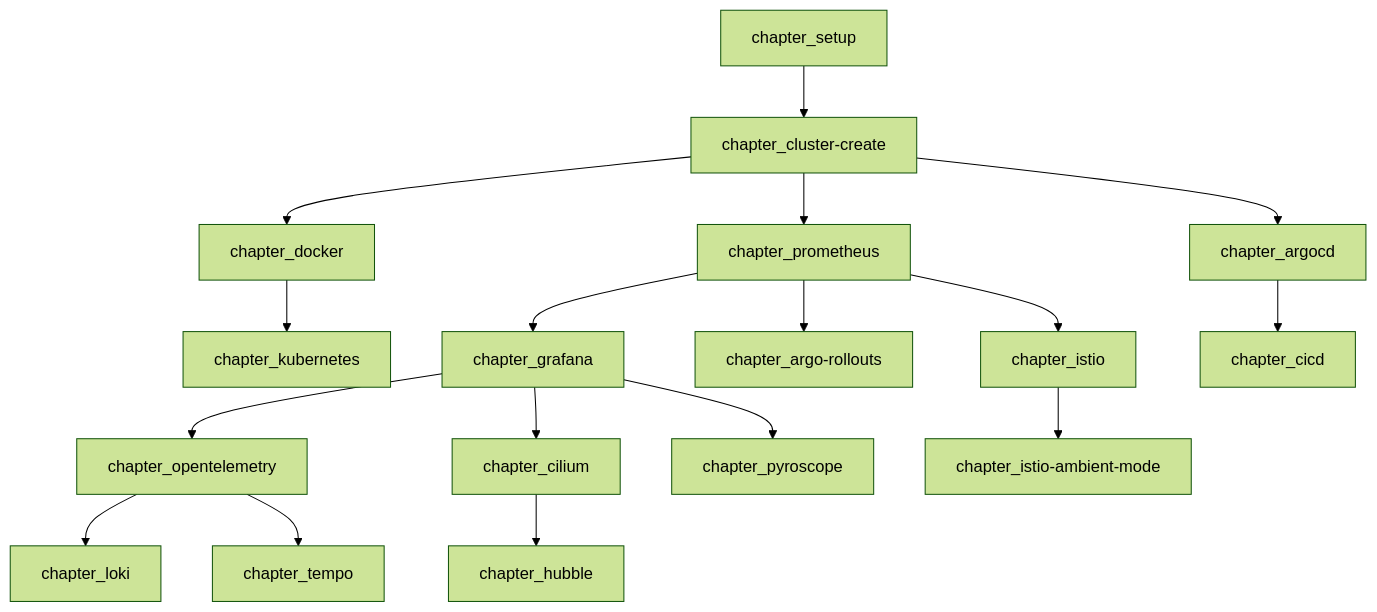
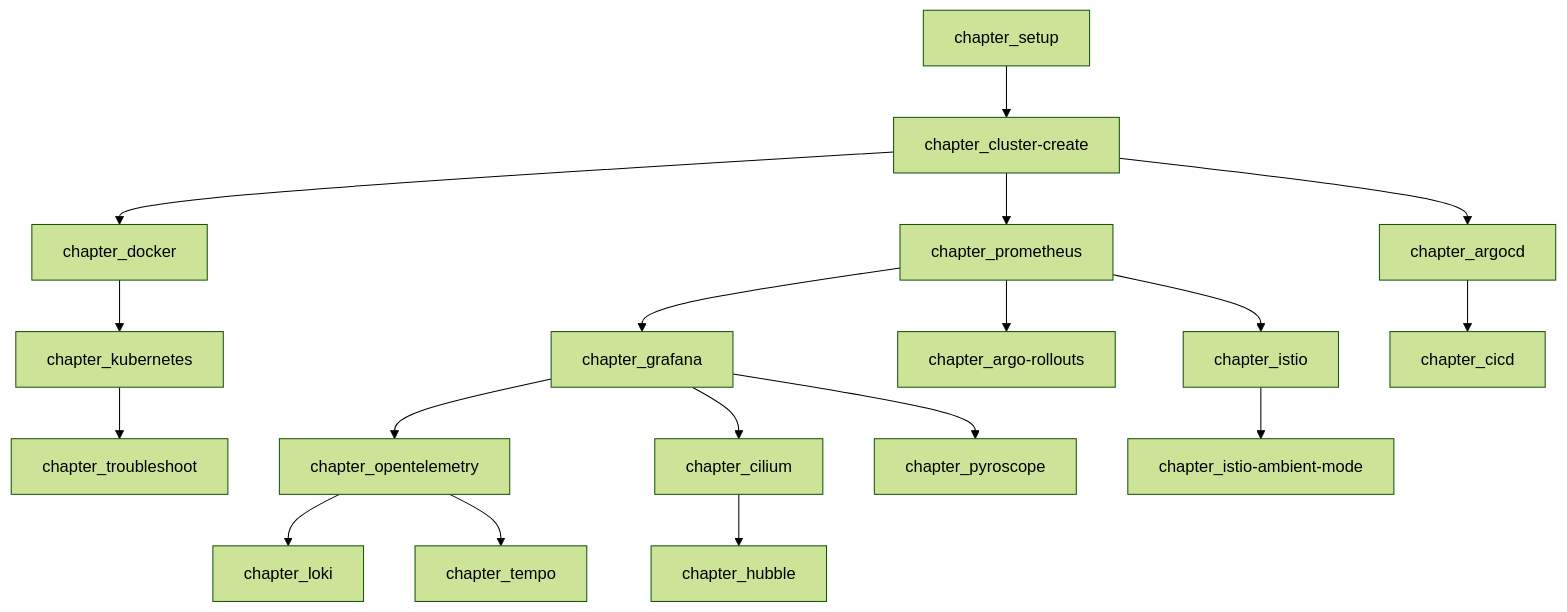
Before and after one commit to cloudnativedaysjp/cnd-handson: the diagram in README.md, drawn with Mermaid (forest theme). The commit also changed other lines of this file and 10 other files, not shown here.

````diff
--- a/README.md
+++ b/README.md
@@ -30,43 +31,45 @@
 ```mermaid
 flowchart TD
     setup[chapter_setup]
     cluster[chapter_cluster-create]
     docker[chapter_docker]
     k8s[chapter_kubernetes]
     prom[chapter_prometheus]
     grafana[chapter_grafana]
     otel[chapter_opentelemetry]
     argocd[chapter_argocd]
     istio[chapter_istio]
     cilium[chapter_cilium]
     argorollouts[chapter_argo-rollouts]
     istioambient[chapter_istio-ambient-mode]
     hubble[chapter_hubble]
     loki[chapter_loki]
     tempo[chapter_tempo]
     pyroscope[chapter_pyroscope]
     cicd[chapter_cicd]
+    troubleshoot[chapter_troubleshoot]
 
     setup-->cluster
     cluster-->docker
     docker-->k8s
+    k8s-->troubleshoot
     cluster-->prom
     cluster-->argocd
 
     prom-->grafana
     prom-->argorollouts
     prom-->istio
 
     grafana-->otel
     grafana-->cilium
     grafana-->pyroscope
 
     otel-->loki
     otel-->tempo
 
     cilium-->hubble
 
     istio-->istioambient
 
     argocd-->cicd
 ```
````
